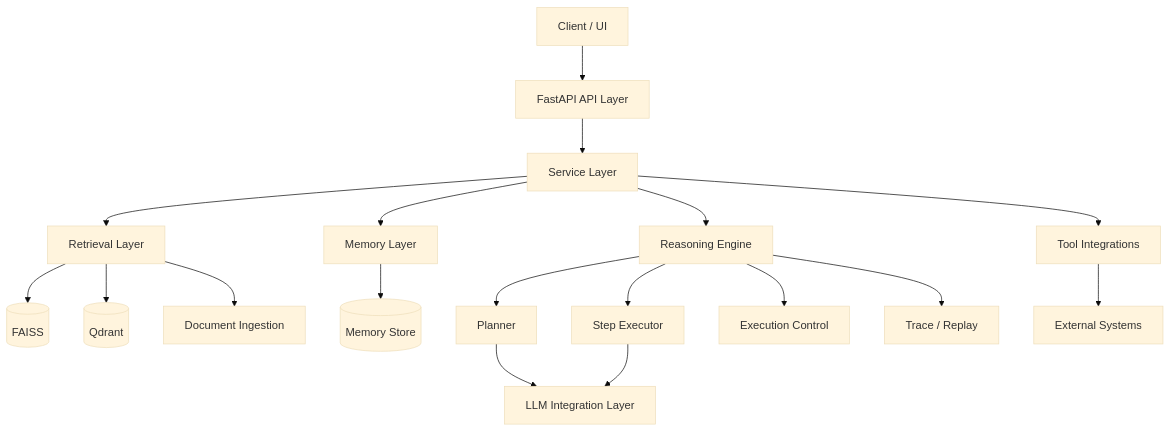
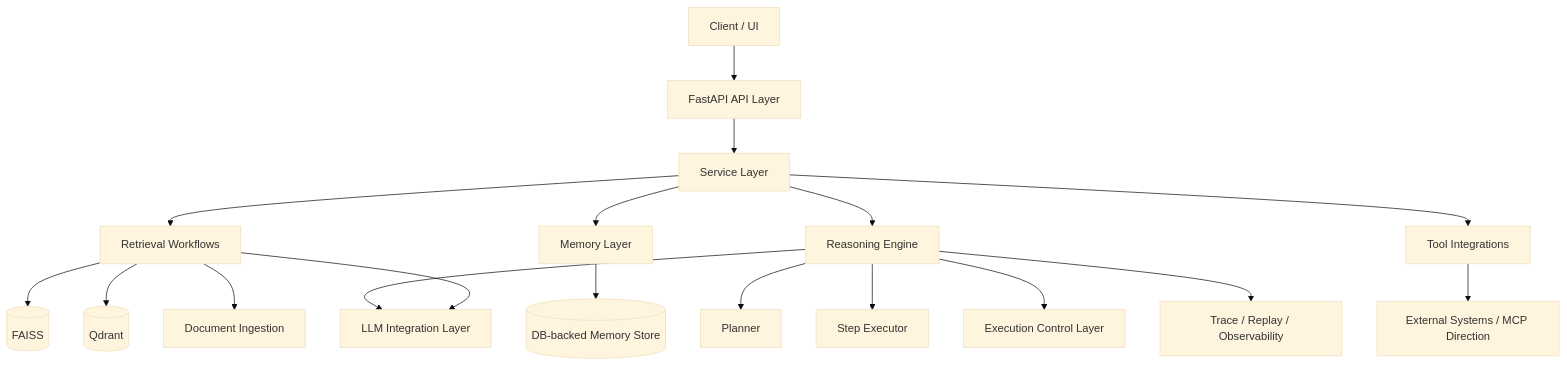
Before and after one commit to Alex8768/AI-Agent-Hub-V3: the diagram in README.md, drawn with Mermaid (base theme). The commit also changed other lines of this file, not shown here.

Commit message:
docs: finalize README with clean architecture overview and mermaid

````diff
--- a/README.md
+++ b/README.md
@@ -358,38 +156,25 @@
 ```mermaid
 flowchart TD
+    Client[Client / UI] --> API[FastAPI API Layer]
+    API --> Services[Service Layer]
 
-Client[Client / UI]
-API[FastAPI API Layer]
-Services[Service Layer]
+    Services --> Retrieval[Retrieval Workflows]
+    Services --> Memory[Memory Layer]
+    Services --> Reasoning[Reasoning Engine]
+    Services --> Tools[Tool Integrations]
 
-Client --> API
-API --> Services
+    Retrieval --> FAISS[(FAISS)]
+    Retrieval --> Qdrant[(Qdrant)]
+    Retrieval --> Docs[Document Ingestion]
 
-Services --> Retrieval
-Services --> Memory
-Services --> Reasoning
-Services --> Tools
+    Memory --> DB[(DB-backed Memory Store)]
 
-Retrieval[Retrieval Layer]
-Memory[Memory Layer]
-Reasoning[Reasoning Engine]
-Tools[Tool Integrations]
+    Reasoning --> Planner[Planner]
+    Reasoning --> Executor[Step Executor]
+    Reasoning --> Control[Execution Control Layer]
+    Reasoning --> Trace[Trace / Replay / Observability]
+    Reasoning --> LLM[LLM Integration Layer]
 
-Retrieval --> FAISS[(FAISS)]
-Retrieval --> Qdrant[(Qdrant)]
-Retrieval --> Docs[Document Ingestion]
-
-Memory --> DB[(Memory Store)]
-
-Reasoning --> Planner[Planner]
-Reasoning --> Executor[Step Executor]
-Reasoning --> Control[Execution Control]
-Reasoning --> Trace[Trace / Replay]
-
-Planner --> LLM
-Executor --> LLM
-
-Tools --> External[External Systems]
-
-LLM[LLM Integration Layer]
+    Retrieval --> LLM
+    Tools --> External[External Systems / MCP Direction]
 ```
````
